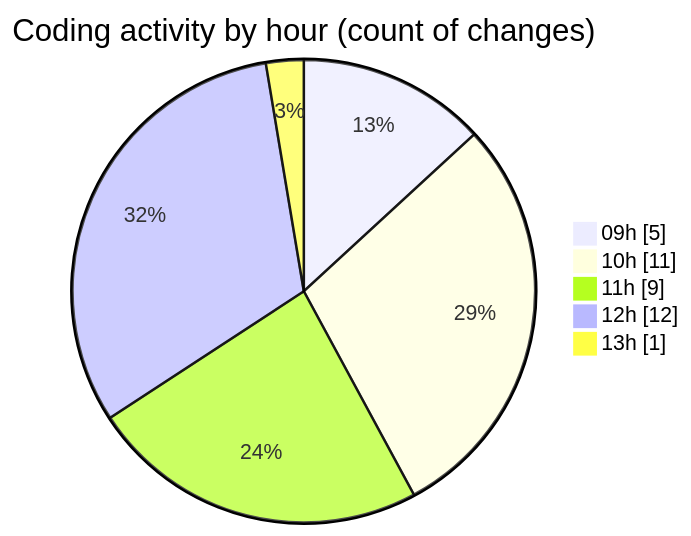
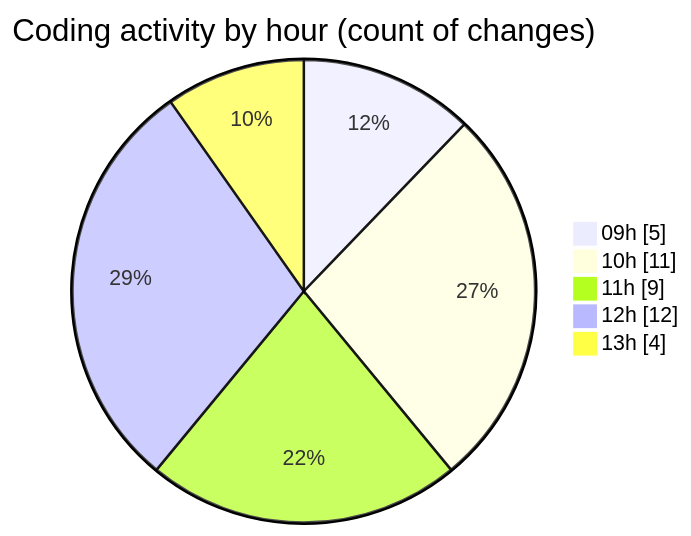
One commit to momahboobian/code-tracking changed the second of 2 diagrams in 2025-03-11/cda/README.md. Above: the diagram before and after it, drawn with Mermaid. The commit also changed other lines of this file and 1 other file, not shown here.

````diff
--- a/2025-03-11/cda/README.md
+++ b/2025-03-11/cda/README.md
@@ -40,9 +40,9 @@
 ```mermaid
 pie showData
 title Coding activity by hour (count of changes)
 "09h" : 5
 "10h" : 11
 "11h" : 9
 "12h" : 12
-"13h" : 1
+"13h" : 4
 ```
````
